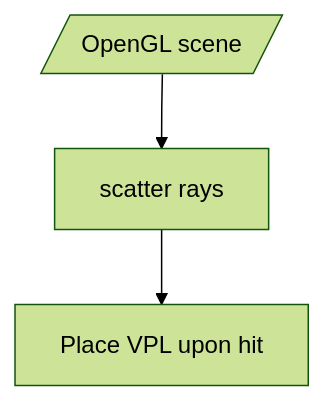
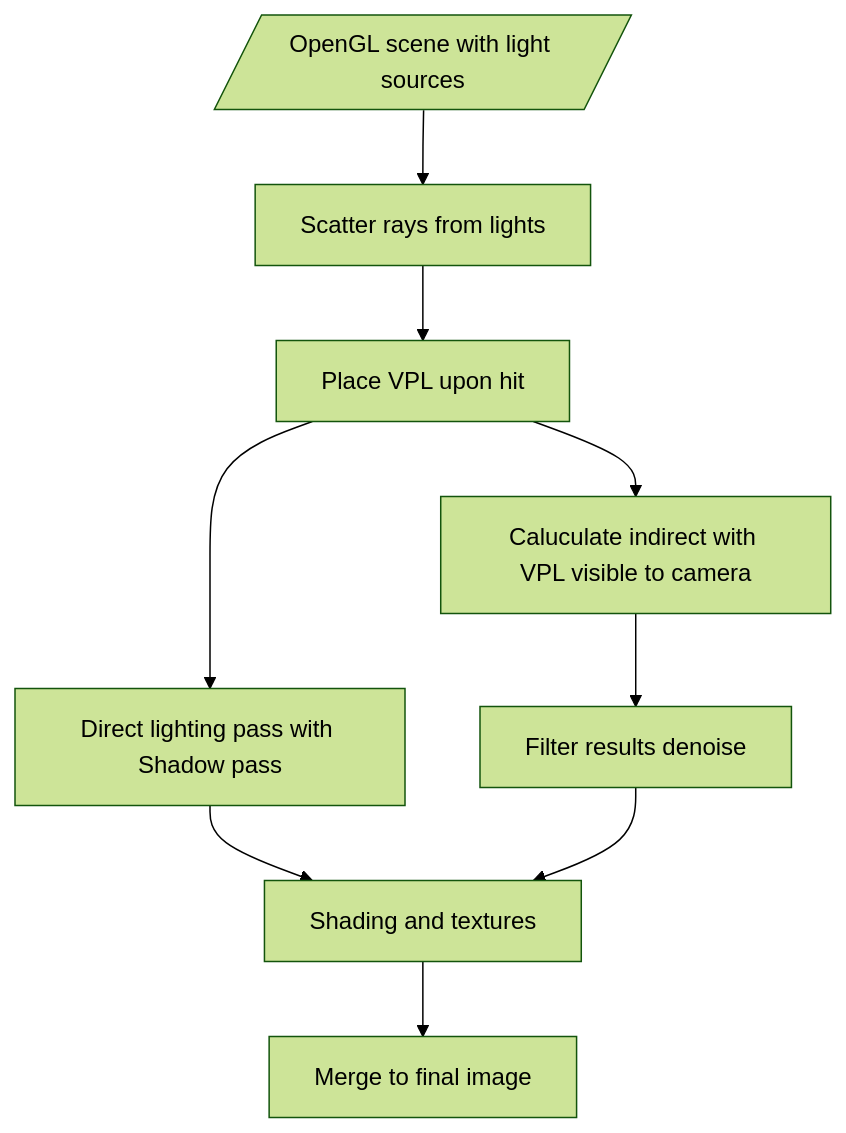
The diagram in README.md (HarryTombs/Deffered-Shading-), drawn with Mermaid (forest theme) before and after one commit. The commit also changed other lines of this file, not shown here.

````diff
--- a/README.md
+++ b/README.md
@@ -44,5 +52,6 @@
 ```mermaid
 flowchart TD
-    in1[/OpenGL scene/]-->do1[scatter rays]-->do2[Place VPL upon hit]
+    in1[/OpenGL scene with light sources/]-->do1[Scatter rays from lights]-->do2[Place VPL upon hit]-->do3[Direct lighting pass with Shadow pass]-->do5a
+do2-->do4[Caluculate indirect with VPL visible to camera]-->do5[Filter results denoise]-->do5a[Shading and textures]-->do6[Merge to final image]
 
 ```
````
